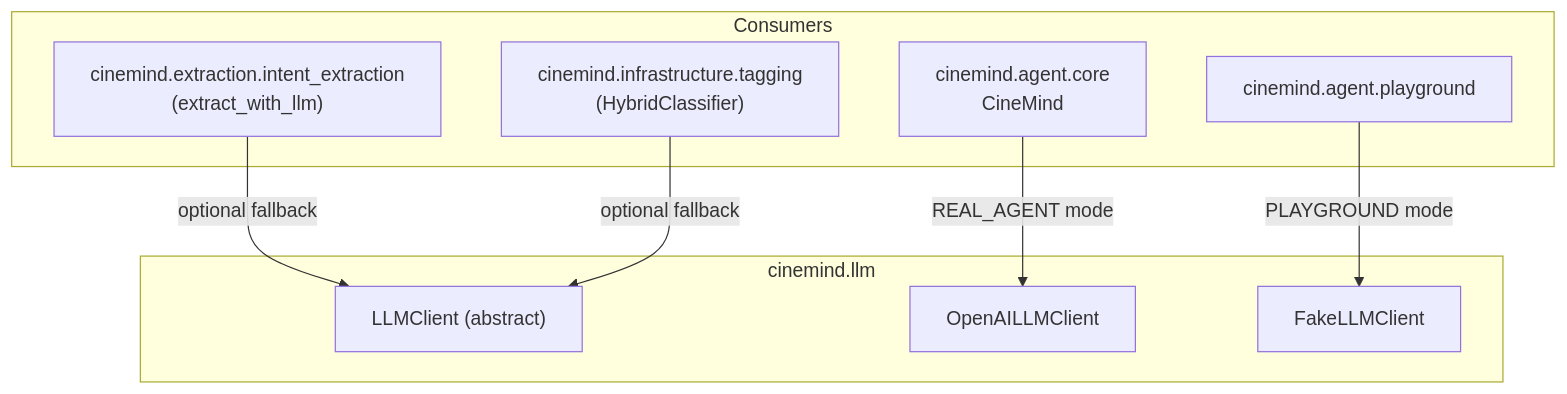
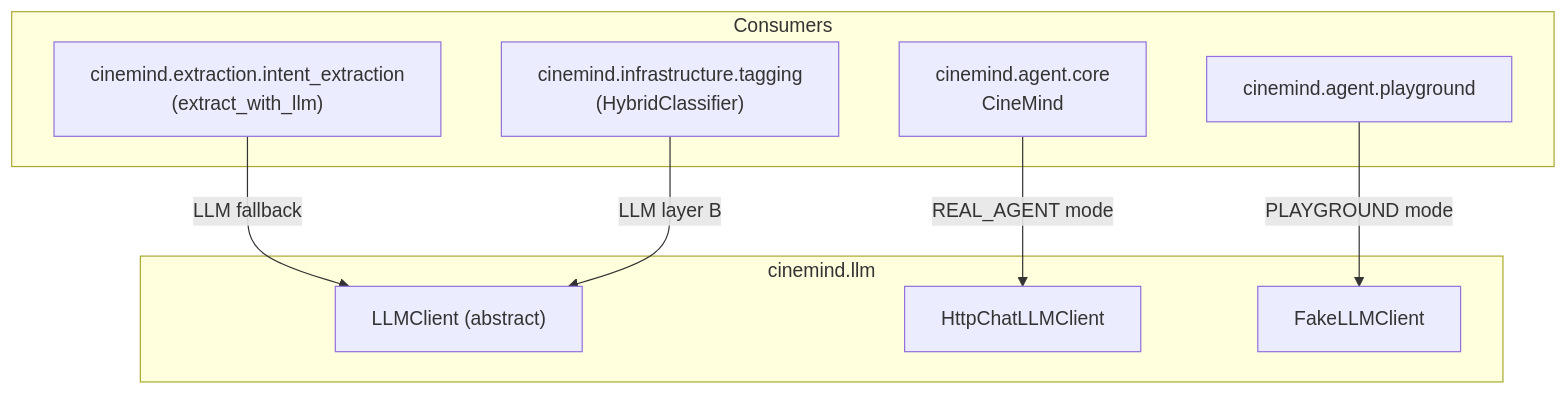
Before and after one commit to mayad123/movieAgent: the third of 4 diagrams in docs/features/llm/LLM_CLIENT.md, drawn with Mermaid. The commit also changed other lines of this file and 33 other files, not shown here.

First line of the commit message:
Shift CineMind to an OpenAI-compatible HTTP LLM stack and remove MIT/OpenAI-specific repo assumptions.

````diff
--- a/docs/features/llm/LLM_CLIENT.md
+++ b/docs/features/llm/LLM_CLIENT.md
@@ -128,20 +122,20 @@
 ```mermaid
 graph TD
     subgraph llm["cinemind.llm"]
         CLIENT["LLMClient (abstract)"]
-        OPENAI["OpenAILLMClient"]
+        HTTP["HttpChatLLMClient"]
         FAKE["FakeLLMClient"]
     end
 
     subgraph consumers["Consumers"]
         CORE["cinemind.agent.core<br/>CineMind"]
         PLAY["cinemind.agent.playground"]
         IE["cinemind.extraction.intent_extraction<br/>(extract_with_llm)"]
         TAG["cinemind.infrastructure.tagging<br/>(HybridClassifier)"]
     end
 
-    CORE -->|REAL_AGENT mode| OPENAI
+    CORE -->|REAL_AGENT mode| HTTP
     PLAY -->|PLAYGROUND mode| FAKE
-    IE -->|optional fallback| CLIENT
-    TAG -->|optional fallback| CLIENT
+    IE -->|LLM fallback| CLIENT
+    TAG -->|LLM layer B| CLIENT
 ```
````
